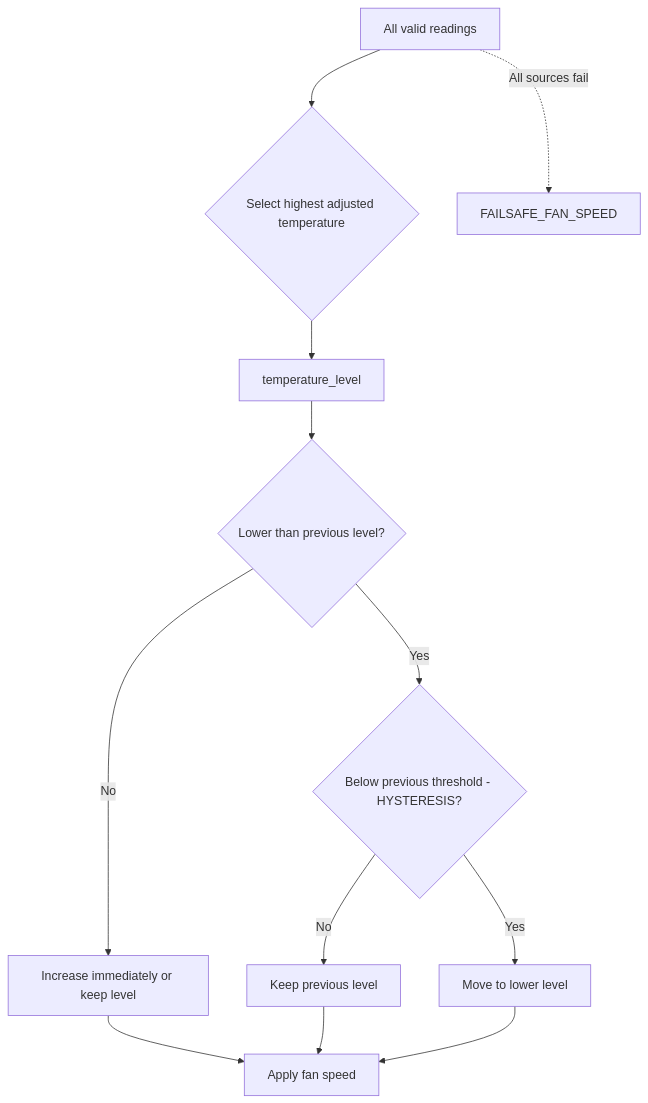
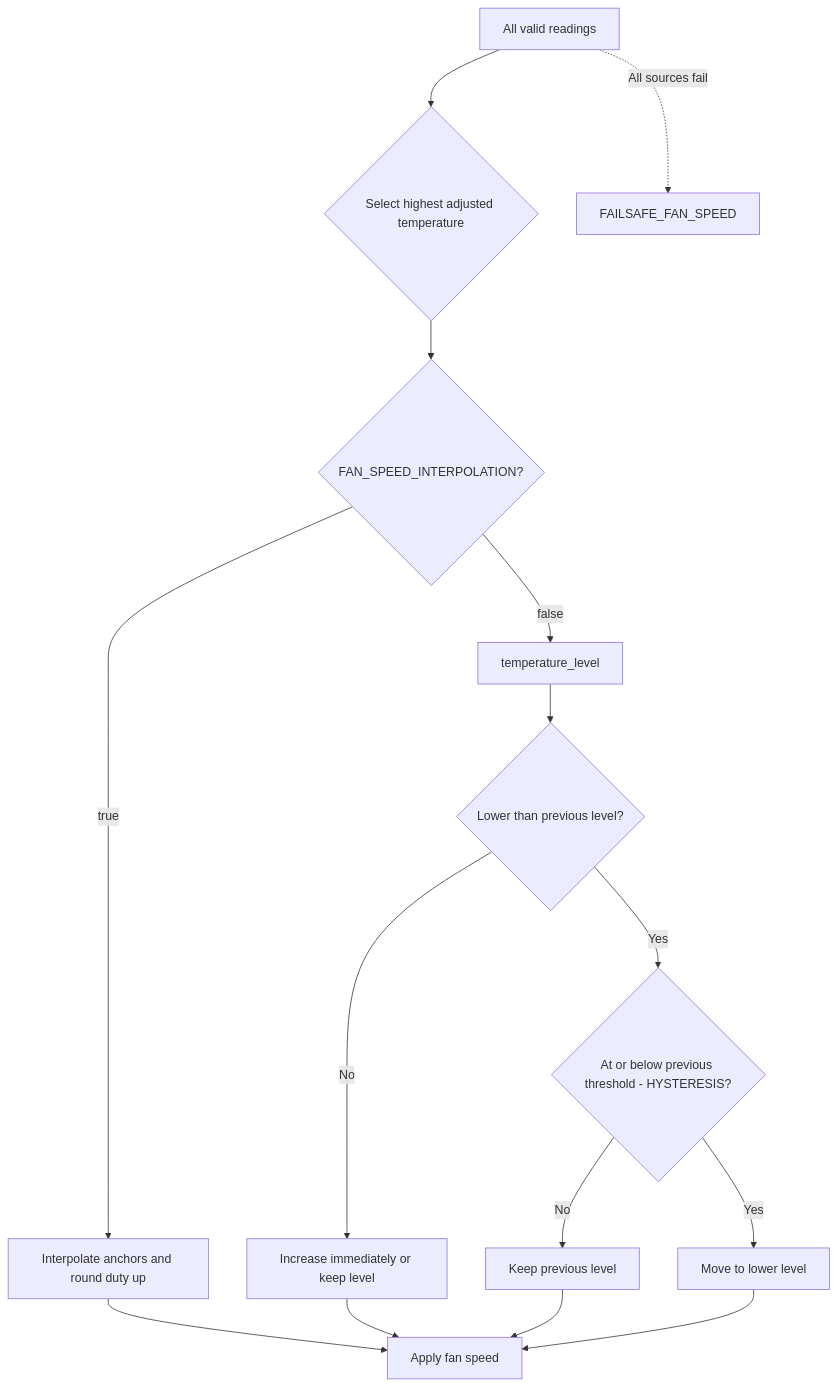
The third of 3 diagrams in README.md (DF-wu/iDRACFanSpeedControl), drawn with Mermaid before and after one commit. The commit also changed other lines of this file and 9 other files, not shown here.

First line of the commit message:
feat: add configurable linear fan speed interpolation (#6)

````diff
--- a/README.md
+++ b/README.md
@@ -173,14 +173,17 @@
 ```mermaid
 flowchart TD
     R[All valid readings] --> M{Select highest adjusted temperature}
-    M --> L[temperature_level]
+    M --> I{FAN_SPEED_INTERPOLATION?}
+    I -- true --> C[Interpolate anchors and round duty up]
+    C --> F
+    I -- false --> L[temperature_level]
     L --> H{Lower than previous level?}
     H -- No --> S[Increase immediately or keep level]
-    H -- Yes --> X{Below previous threshold - HYSTERESIS?}
+    H -- Yes --> X{At or below previous threshold - HYSTERESIS?}
     X -- No --> S2[Keep previous level]
     X -- Yes --> S3[Move to lower level]
     S --> F[Apply fan speed]
     S2 --> F
     S3 --> F
     R -. All sources fail .-> FS[FAILSAFE_FAN_SPEED]
 ```
````
